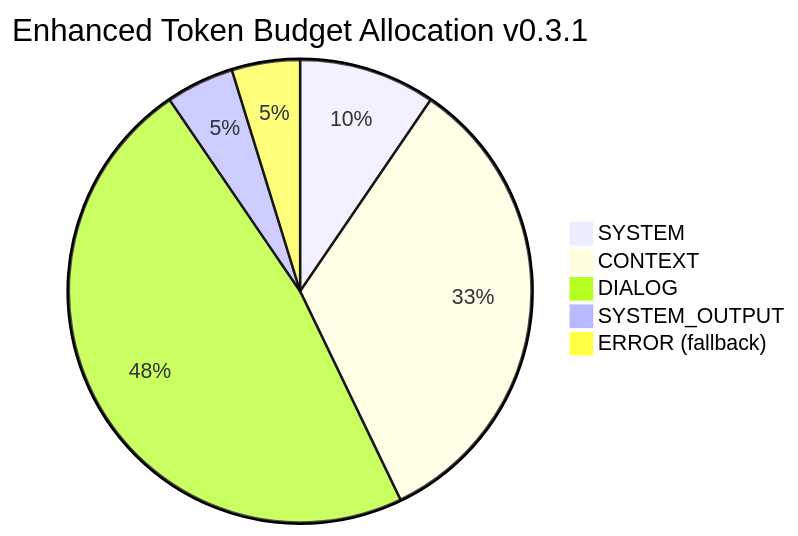
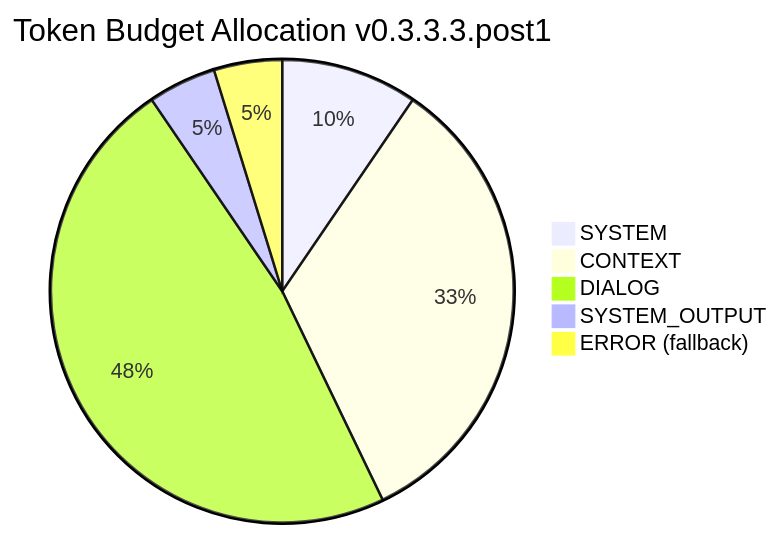
One commit to Maximooch/penguin changed the first of 3 diagrams in docs/docs/system/context-window.md. Above: the diagram before and after it, drawn with Mermaid. The commit also changed other lines of this file and 21 other files, not shown here.

````diff
--- a/docs/docs/system/context-window.md
+++ b/docs/docs/system/context-window.md
@@ -35,8 +35,8 @@
 ```mermaid
-pie title Enhanced Token Budget Allocation v0.3.1
+pie title Token Budget Allocation v0.3.3.3.post1
     "SYSTEM" : 10
     "CONTEXT" : 35
     "DIALOG" : 50
     "SYSTEM_OUTPUT" : 5
     "ERROR (fallback)" : 5
 ```
````
